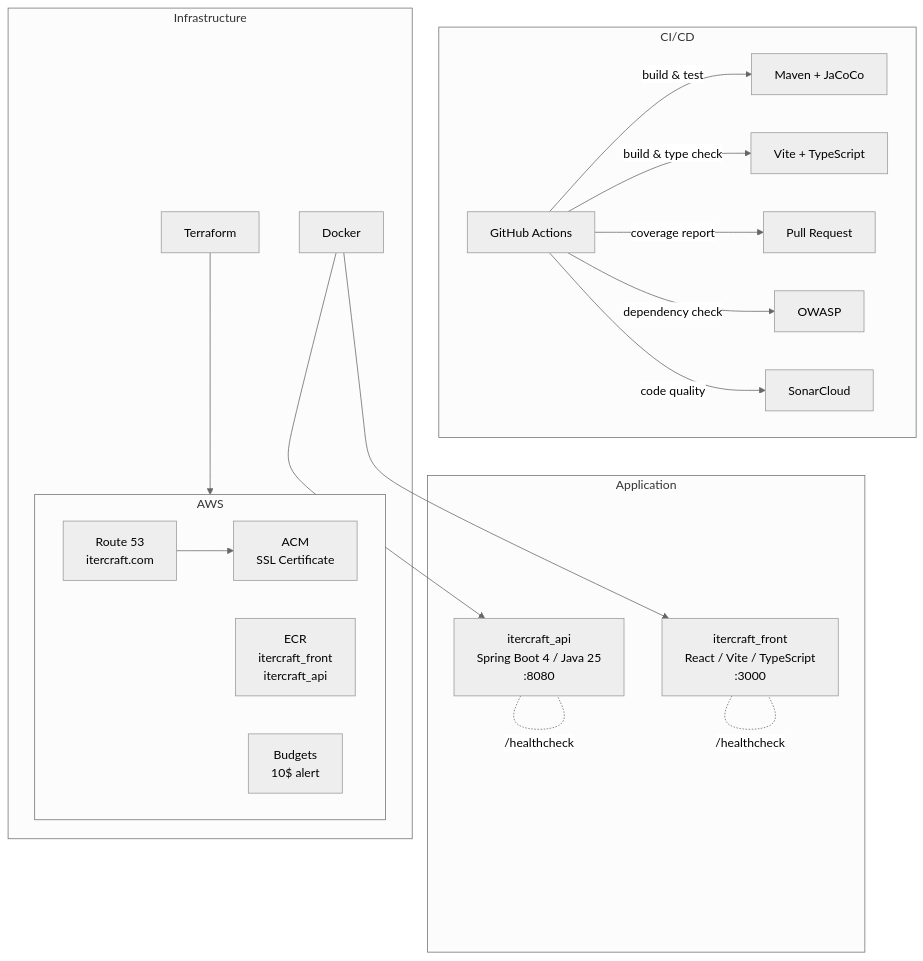
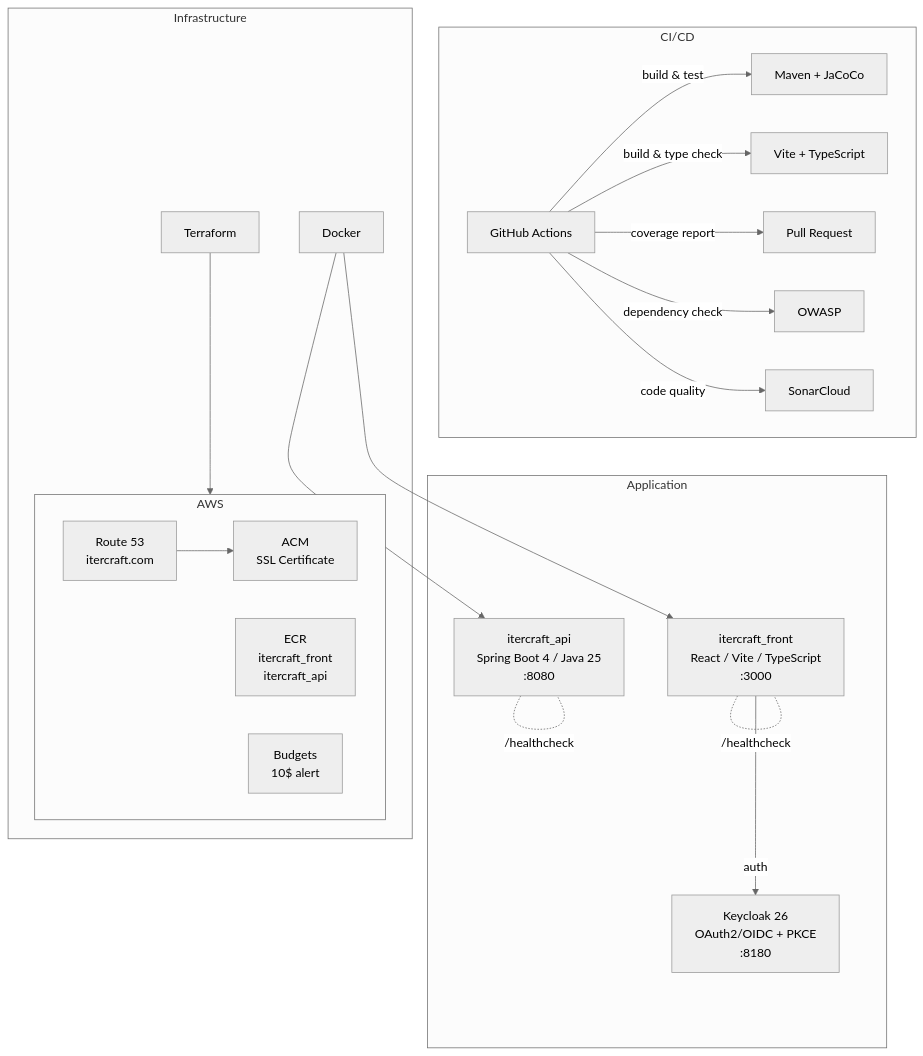
Before and after one commit to neodatsu/itercraft: the diagram in README.md, drawn with Mermaid (neutral theme). The commit also changed other lines of this file and 2 other files, not shown here.

````diff
--- a/README.md
+++ b/README.md
@@ -9,34 +9,36 @@
 ```mermaid
 graph TB
     subgraph CI/CD
         GH[GitHub Actions]
         GH -->|build & test| MVN[Maven + JaCoCo]
         GH -->|build & type check| VITE[Vite + TypeScript]
         GH -->|coverage report| PR[Pull Request]
         GH -->|dependency check| OWASP[OWASP]
         GH -->|code quality| SONAR[SonarCloud]
     end
 
     subgraph AWS
         R53[Route 53<br/>itercraft.com]
         ACM[ACM<br/>SSL Certificate]
         ECR[ECR<br/>itercraft_front<br/>itercraft_api]
         BUD[Budgets<br/>10$ alert]
         R53 --> ACM
     end
 
     subgraph Application
         API[itercraft_api<br/>Spring Boot 4 / Java 25<br/>:8080]
         FRONT[itercraft_front<br/>React / Vite / TypeScript<br/>:3000]
+        KC[Keycloak 26<br/>OAuth2/OIDC + PKCE<br/>:8180]
         API -.-|/healthcheck| API
         FRONT -.-|/healthcheck| FRONT
+        FRONT -->|auth| KC
     end
 
     subgraph Infrastructure
         TF[Terraform]
         DOCKER[Docker]
         TF --> AWS
         DOCKER --> API
         DOCKER --> FRONT
     end
 ```
````
